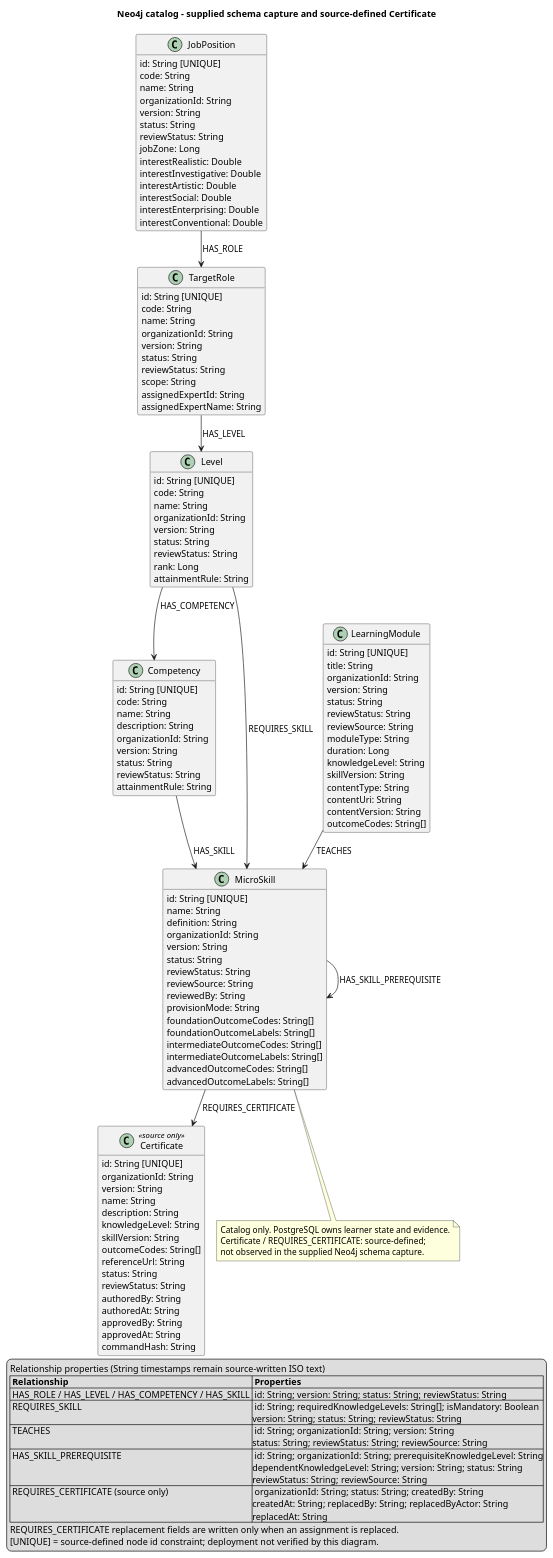
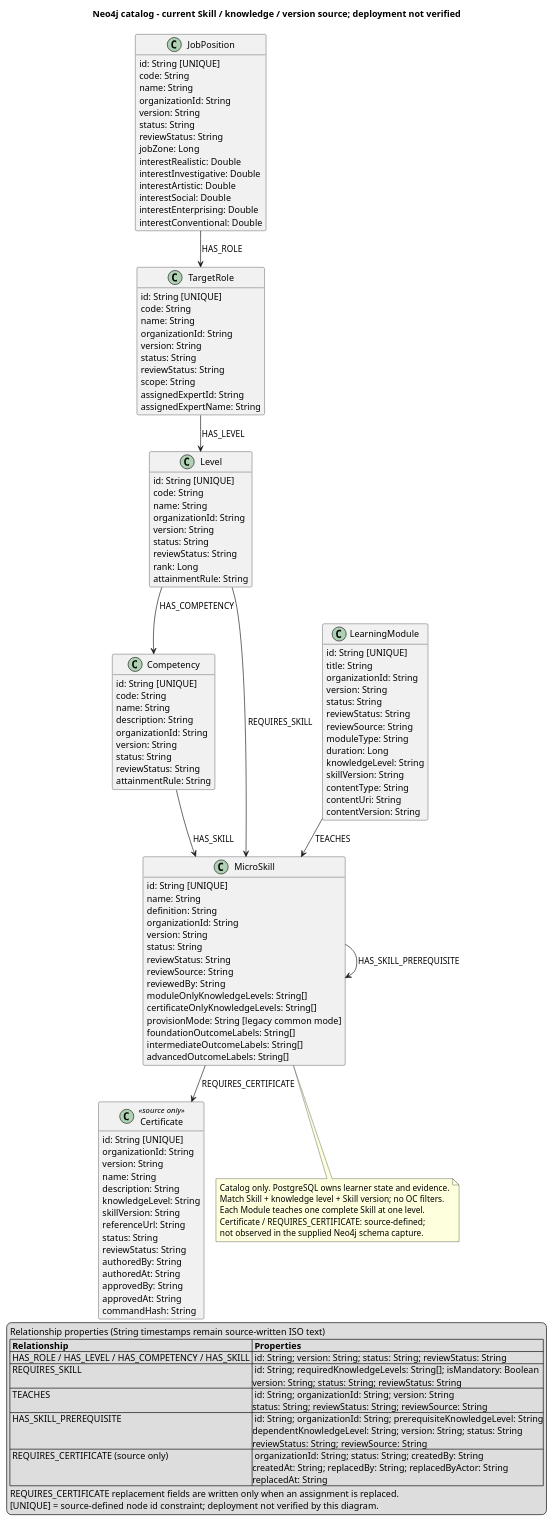
Before and after one commit to SEP490-Fall-2026-GFA26SE64/SEP490: the diagram in documents/diagrams/neo4j.puml, drawn with PlantUML. The commit also changed 12 other files, not shown here.

Commit message:
docs: align learning architecture diagrams and flow contracts

```diff
--- a/documents/diagrams/neo4j.puml
+++ b/documents/diagrams/neo4j.puml
@@ -1,137 +1,136 @@
 @startuml
 !pragma layout smetana
 top to bottom direction
 hide empty members
 skinparam classAttributeIconSize 0
 skinparam shadowing false
 skinparam nodesep 80
 skinparam ranksep 65
-title Neo4j catalog - supplied schema capture and source-defined Certificate
+title Neo4j catalog - current Skill / knowledge / version source; deployment not verified
 class JobPosition {
   id: String [UNIQUE]
   code: String
   name: String
   organizationId: String
   version: String
   status: String
   reviewStatus: String
   jobZone: Long
   interestRealistic: Double
   interestInvestigative: Double
   interestArtistic: Double
   interestSocial: Double
   interestEnterprising: Double
   interestConventional: Double
 }
 class TargetRole {
   id: String [UNIQUE]
   code: String
   name: String
   organizationId: String
   version: String
   status: String
   reviewStatus: String
   scope: String
   assignedExpertId: String
   assignedExpertName: String
 }
 class Level {
   id: String [UNIQUE]
   code: String
   name: String
   organizationId: String
   version: String
   status: String
   reviewStatus: String
   rank: Long
   attainmentRule: String
 }
 class Competency {
   id: String [UNIQUE]
   code: String
   name: String
   description: String
   organizationId: String
   version: String
   status: String
   reviewStatus: String
   attainmentRule: String
 }
 class MicroSkill {
   id: String [UNIQUE]
   name: String
   definition: String
   organizationId: String
   version: String
   status: String
   reviewStatus: String
   reviewSource: String
   reviewedBy: String
-  provisionMode: String
-  foundationOutcomeCodes: String[]
+  moduleOnlyKnowledgeLevels: String[]
+  certificateOnlyKnowledgeLevels: String[]
+  provisionMode: String [legacy common mode]
   foundationOutcomeLabels: String[]
-  intermediateOutcomeCodes: String[]
   intermediateOutcomeLabels: String[]
-  advancedOutcomeCodes: String[]
   advancedOutcomeLabels: String[]
 }
 class LearningModule {
   id: String [UNIQUE]
   title: String
   organizationId: String
   version: String
   status: String
   reviewStatus: String
   reviewSource: String
   moduleType: String
   duration: Long
   knowledgeLevel: String
   skillVersion: String
   contentType: String
   contentUri: String
   contentVersion: String
-  outcomeCodes: String[]
 }
 class Certificate <<source only>> {
   id: String [UNIQUE]
   organizationId: String
   version: String
   name: String
   description: String
   knowledgeLevel: String
   skillVersion: String
-  outcomeCodes: String[]
   referenceUrl: String
   status: String
   reviewStatus: String
   authoredBy: String
   authoredAt: String
   approvedBy: String
   approvedAt: String
   commandHash: String
 }
 JobPosition --> TargetRole : HAS_ROLE
 TargetRole --> Level : HAS_LEVEL
 Level --> Competency : HAS_COMPETENCY
 Competency --> MicroSkill : HAS_SKILL
 Level --> MicroSkill : REQUIRES_SKILL
 LearningModule --> MicroSkill : TEACHES
 MicroSkill --> MicroSkill : HAS_SKILL_PREREQUISITE
 MicroSkill --> Certificate : REQUIRES_CERTIFICATE
 note bottom of MicroSkill
   Catalog only. PostgreSQL owns learner state and evidence.
+  Match Skill + knowledge level + Skill version; no OC filters.
+  Each Module teaches one complete Skill at one level.
   Certificate / REQUIRES_CERTIFICATE: source-defined;
   not observed in the supplied Neo4j schema capture.
 end note
 legend bottom
   Relationship properties (String timestamps remain source-written ISO text)
   |= Relationship |= Properties |
   | HAS_ROLE / HAS_LEVEL / HAS_COMPETENCY / HAS_SKILL | id: String; version: String; status: String; reviewStatus: String |
   | REQUIRES_SKILL | id: String; requiredKnowledgeLevels: String[]; isMandatory: Boolean\nversion: String; status: String; reviewStatus: String |
   | TEACHES | id: String; organizationId: String; version: String\nstatus: String; reviewStatus: String; reviewSource: String |
   | HAS_SKILL_PREREQUISITE | id: String; organizationId: String; prerequisiteKnowledgeLevel: String\ndependentKnowledgeLevel: String; version: String; status: String\nreviewStatus: String; reviewSource: String |
   | REQUIRES_CERTIFICATE (source only) | organizationId: String; status: String; createdBy: String\ncreatedAt: String; replacedBy: String; replacedByActor: String\nreplacedAt: String |
   REQUIRES_CERTIFICATE replacement fields are written only when an assignment is replaced.
   [UNIQUE] = source-defined node id constraint; deployment not verified by this diagram.
 endlegend
 @enduml
```
